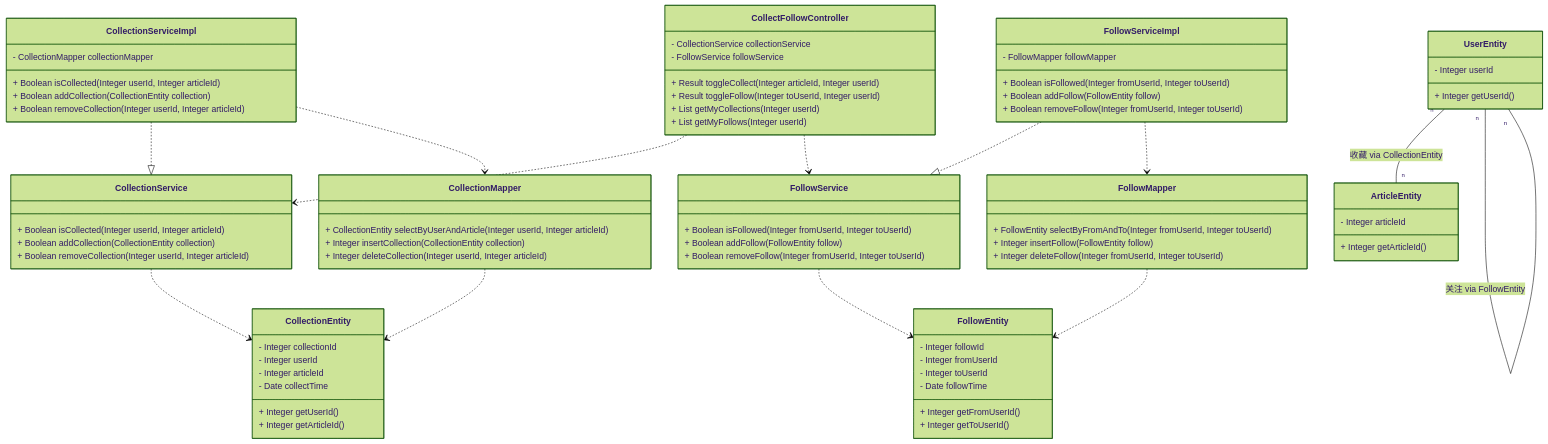
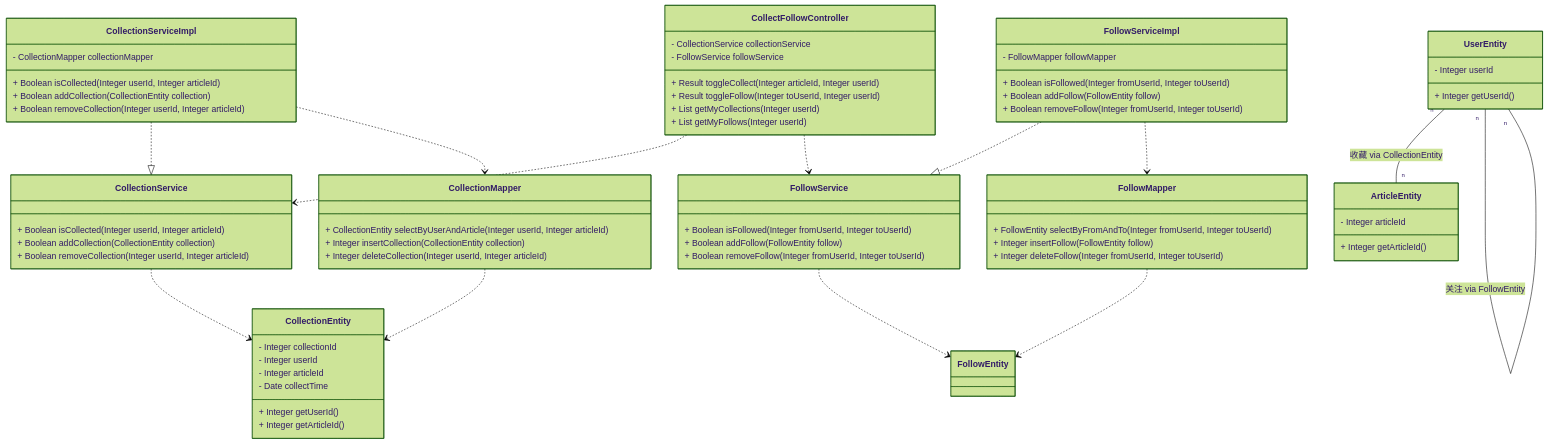
One commit to DEbalanceUX/iodraw-files changed the diagram in all/未命名-1.md. Above: the diagram before and after it, drawn with Mermaid (forest theme).

Commit message:
2025-12-11 14:17:35 update

```diff
--- a/all/未命名-1.md
+++ b/all/未命名-1.md
@@ -24,14 +24,7 @@
         + Integer getArticleId()
     }
 
-    class FollowEntity {
-        - Integer followId
-        - Integer fromUserId
-        - Integer toUserId
-        - Date followTime
-        + Integer getFromUserId()
-        + Integer getToUserId()
-    }
+    
 
     class CollectFollowController {
         - CollectionService collectionService
```
